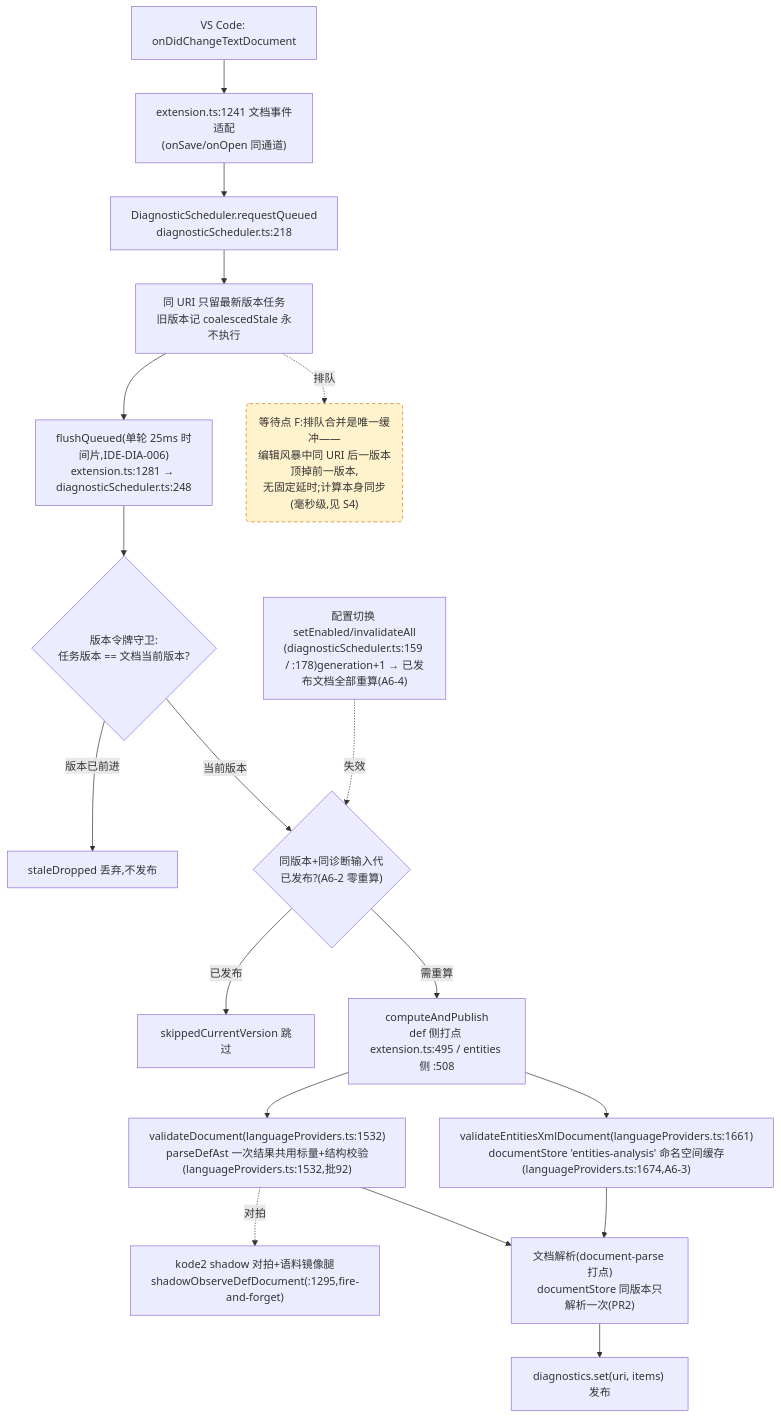
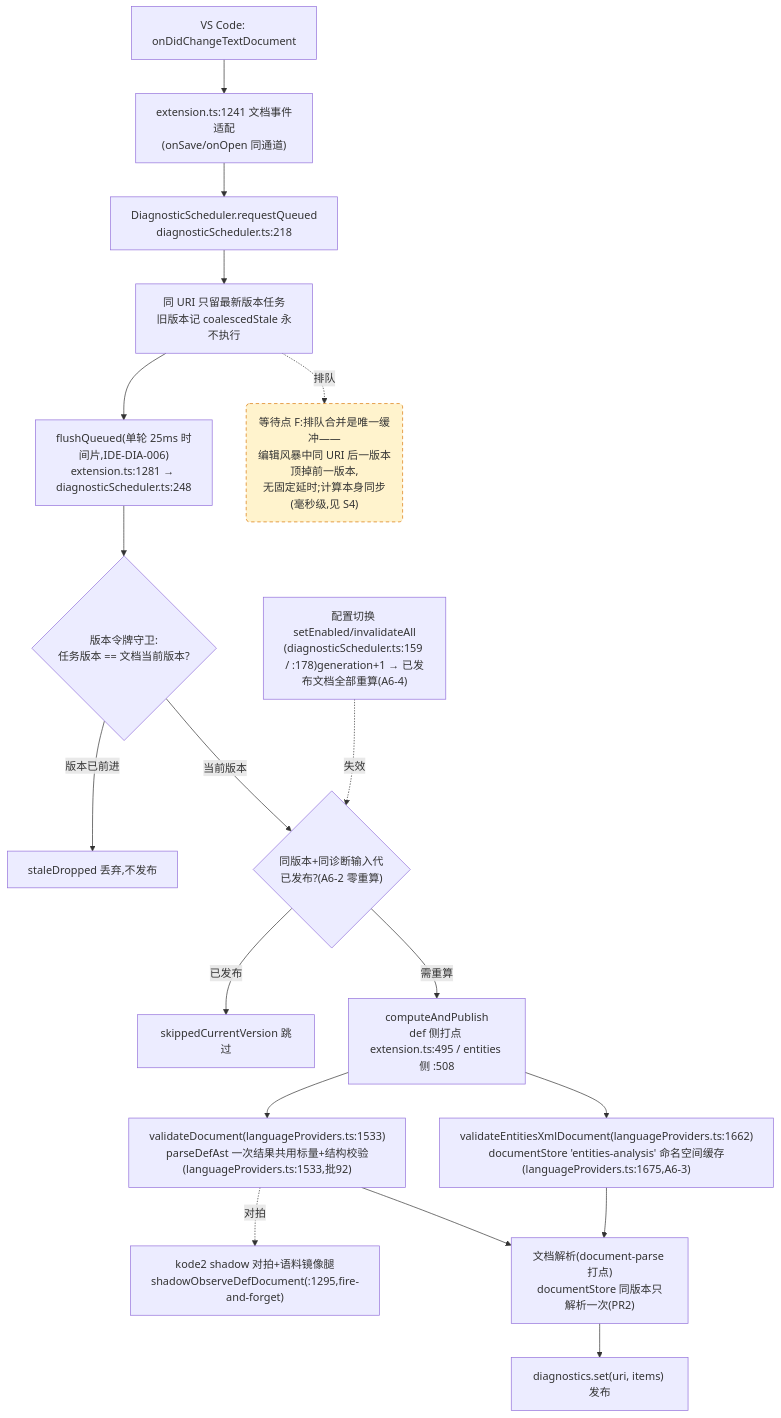
One commit to cuihairu/kode changed the fourth of 4 diagrams in docs/perf/2026-baseline.md. Above: the diagram before and after it, drawn with Mermaid. The commit also changed other lines of this file and 3 other files, not shown here.

````diff
--- a/docs/perf/2026-baseline.md
+++ b/docs/perf/2026-baseline.md
@@ -214,38 +214,38 @@
 ```mermaid
 flowchart TD
   CHG["VS Code: onDidChangeTextDocument"]
   WATCH["extension.ts:1241 文档事件适配<br/>(onSave/onOpen 同通道)"]
   RQ["DiagnosticScheduler.requestQueued<br/>diagnosticScheduler.ts:218"]
   CO["同 URI 只留最新版本任务<br/>旧版本记 coalescedStale 永不执行"]
   FL["flushQueued(单轮 25ms 时间片,IDE-DIA-006)<br/>extension.ts:1281 → diagnosticScheduler.ts:248"]
   VG{"版本令牌守卫:<br/>任务版本 == 文档当前版本?"}
   DROP["staleDropped 丢弃,不发布"]
   GEN{"同版本+同诊断输入代<br/>已发布?(A6-2 零重算)"}
   SKIP["skippedCurrentVersion 跳过"]
   CALC["computeAndPublish<br/>def 侧打点 extension.ts:495 / entities 侧 :508"]
-  VD["validateDocument(languageProviders.ts:1532)<br/>parseDefAst 一次结果共用标量+结构校验(languageProviders.ts:1532,批92)"]
-  VEX["validateEntitiesXmlDocument(languageProviders.ts:1661)<br/>documentStore 'entities-analysis' 命名空间缓存(languageProviders.ts:1674,A6-3)"]
+  VD["validateDocument(languageProviders.ts:1533)<br/>parseDefAst 一次结果共用标量+结构校验(languageProviders.ts:1533,批92)"]
+  VEX["validateEntitiesXmlDocument(languageProviders.ts:1662)<br/>documentStore 'entities-analysis' 命名空间缓存(languageProviders.ts:1675,A6-3)"]
   SHDD["kode2 shadow 对拍+语料镜像腿<br/>shadowObserveDefDocument(:1295,fire-and-forget)"]
   DS["文档解析(document-parse 打点)<br/>documentStore 同版本只解析一次(PR2)"]
   PUB["diagnostics.set(uri, items) 发布"]
   CFG2["配置切换 setEnabled/invalidateAll<br/>(diagnosticScheduler.ts:159 / :178)generation+1 → 已发布文档全部重算(A6-4)"]
 
   CHG --> WATCH --> RQ --> CO --> FL --> VG
   VG -- "版本已前进" --> DROP
   VG -- "当前版本" --> GEN
   GEN -- "已发布" --> SKIP
   GEN -- "需重算" --> CALC
   CALC --> VD
   CALC --> VEX
   VD --> DS
   VEX --> DS
   DS --> PUB
   VD -.->|对拍| SHDD
   CFG2 -.->|失效| GEN
 
   WAITF("等待点 F:排队合并是唯一缓冲——<br/>编辑风暴中同 URI 后一版本顶掉前一版本,<br/>无固定延时;计算本身同步(毫秒级,见 S4)")
   CO -.->|排队| WAITF
 
   classDef waitPoint fill:#fff3cd,stroke:#d97706,stroke-dasharray:5 4;
   class WAITF waitPoint;
 ```
````
